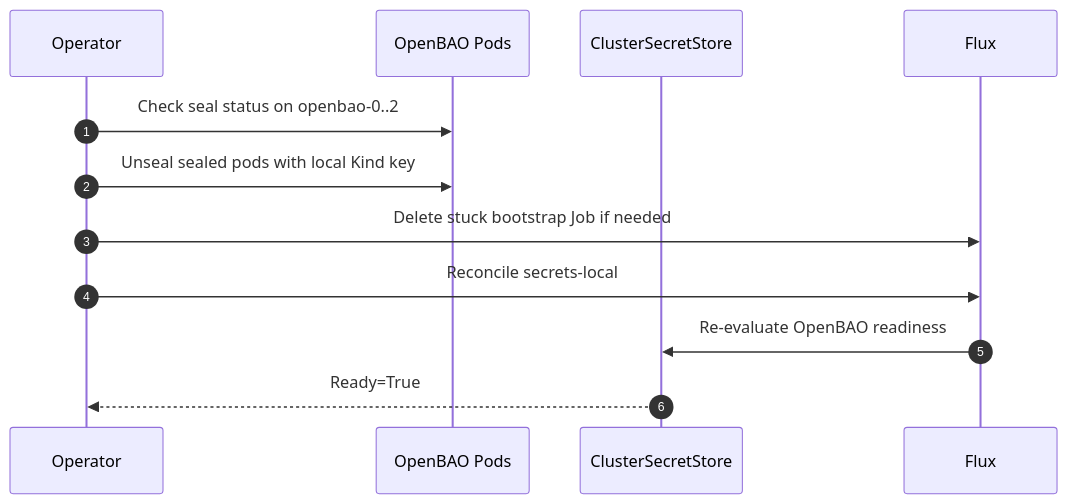
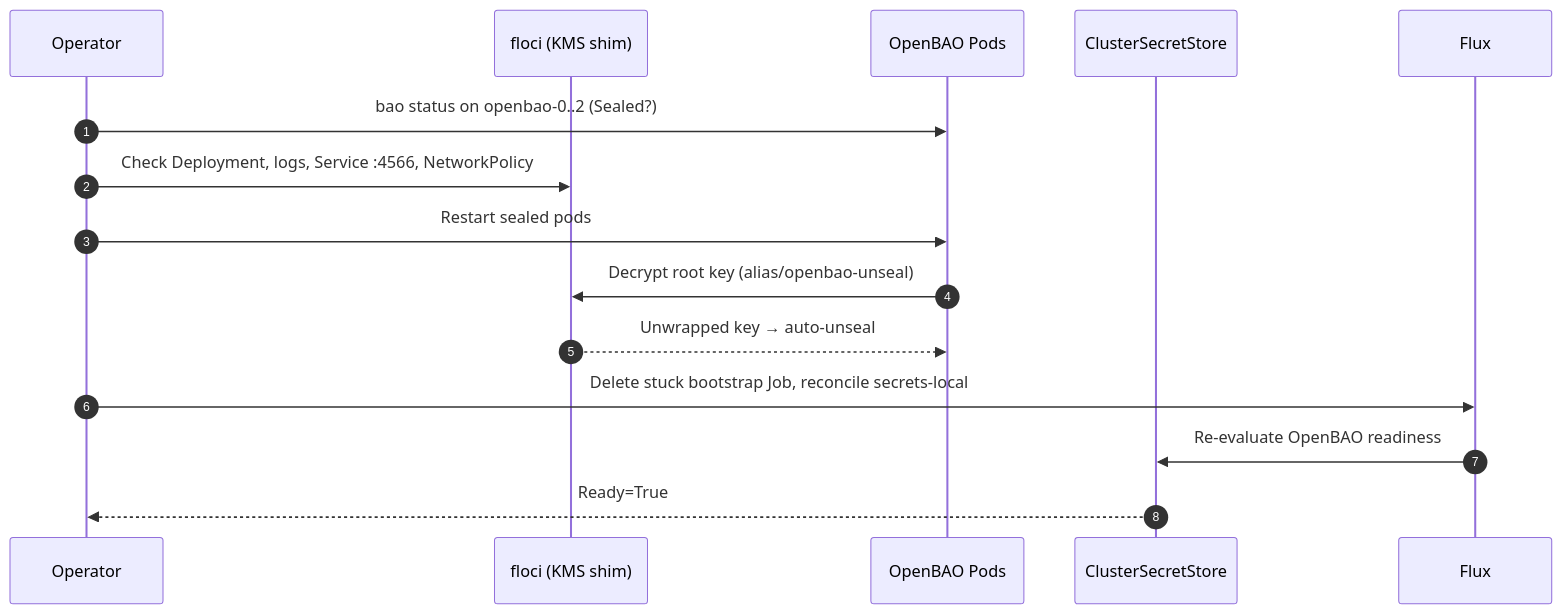
Before and after one commit to duynhlab/homelab: the diagram in docs/secrets/runbooks/openbao-unseal.md, drawn with Mermaid. The commit also changed other lines of this file and 18 other files, not shown here.

````diff
--- a/docs/secrets/runbooks/openbao-unseal.md
+++ b/docs/secrets/runbooks/openbao-unseal.md
@@ -5,15 +22,18 @@
 ```mermaid
 sequenceDiagram
     autonumber
     participant Operator
+    participant Floci as floci (KMS shim)
     participant BAO as OpenBAO Pods
     participant CSS as ClusterSecretStore
     participant Flux
 
-    Operator->>BAO: Check seal status on openbao-0..2
-    Operator->>BAO: Unseal sealed pods with local Kind key
-    Operator->>Flux: Delete stuck bootstrap Job if needed
-    Operator->>Flux: Reconcile secrets-local
+    Operator->>BAO: bao status on openbao-0..2 (Sealed?)
+    Operator->>Floci: Check Deployment, logs, Service :4566, NetworkPolicy
+    Operator->>BAO: Restart sealed pods
+    BAO->>Floci: Decrypt root key (alias/openbao-unseal)
+    Floci-->>BAO: Unwrapped key → auto-unseal
+    Operator->>Flux: Delete stuck bootstrap Job, reconcile secrets-local
     Flux->>CSS: Re-evaluate OpenBAO readiness
     CSS-->>Operator: Ready=True
 ```
````
